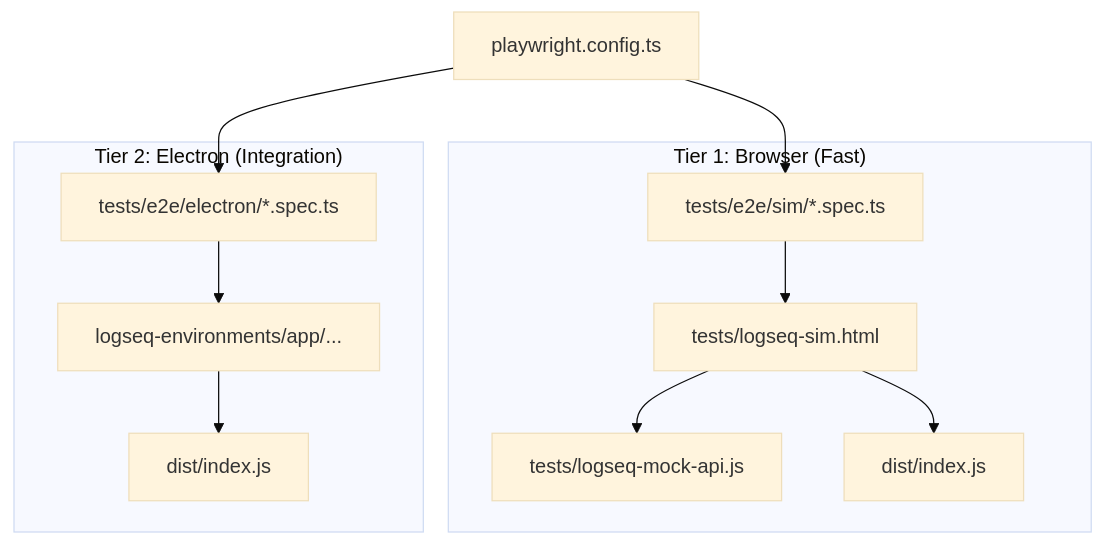
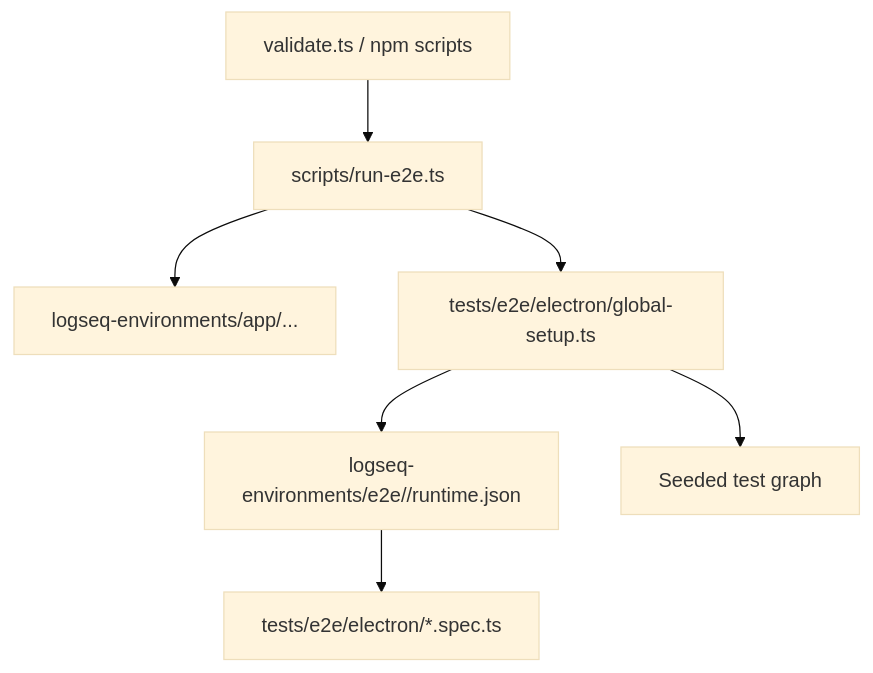
Before and after one commit to secondbrain-tools/logseq-doc-agent: the diagram in docs/e2e-testing.md, drawn with Mermaid (base theme). The commit also changed other lines of this file and 4 other files, not shown here.

````diff
--- a/docs/e2e-testing.md
+++ b/docs/e2e-testing.md
@@ -10,16 +12,9 @@
 ```mermaid
 graph TD
-    subgraph "Tier 1: Browser (Fast)"
-        SimTest[tests/e2e/sim/*.spec.ts] --> SimPage[tests/logseq-sim.html]
-        SimPage --> MockAPI[tests/logseq-mock-api.js]
-        SimPage --> Plugin[dist/index.js]
-    end
-
-    subgraph "Tier 2: Electron (Integration)"
-        ElectronTest[tests/e2e/electron/*.spec.ts] --> LogseqBinary[logseq-environments/app/...]
-        LogseqBinary --> PluginDist[dist/index.js]
-    end
-
-    Config[playwright.config.ts] --> SimTest
-    Config --> ElectronTest
+    Validate[validate.ts / npm scripts] --> Runner[scripts/run-e2e.ts]
+    Runner --> Binary[logseq-environments/app/...]
+    Runner --> Setup[tests/e2e/electron/global-setup.ts]
+    Setup --> Runtime[logseq-environments/e2e/<channel>/runtime.json]
+    Setup --> Graph[Seeded test graph]
+    Runtime --> Specs[tests/e2e/electron/*.spec.ts]
 ```
````
